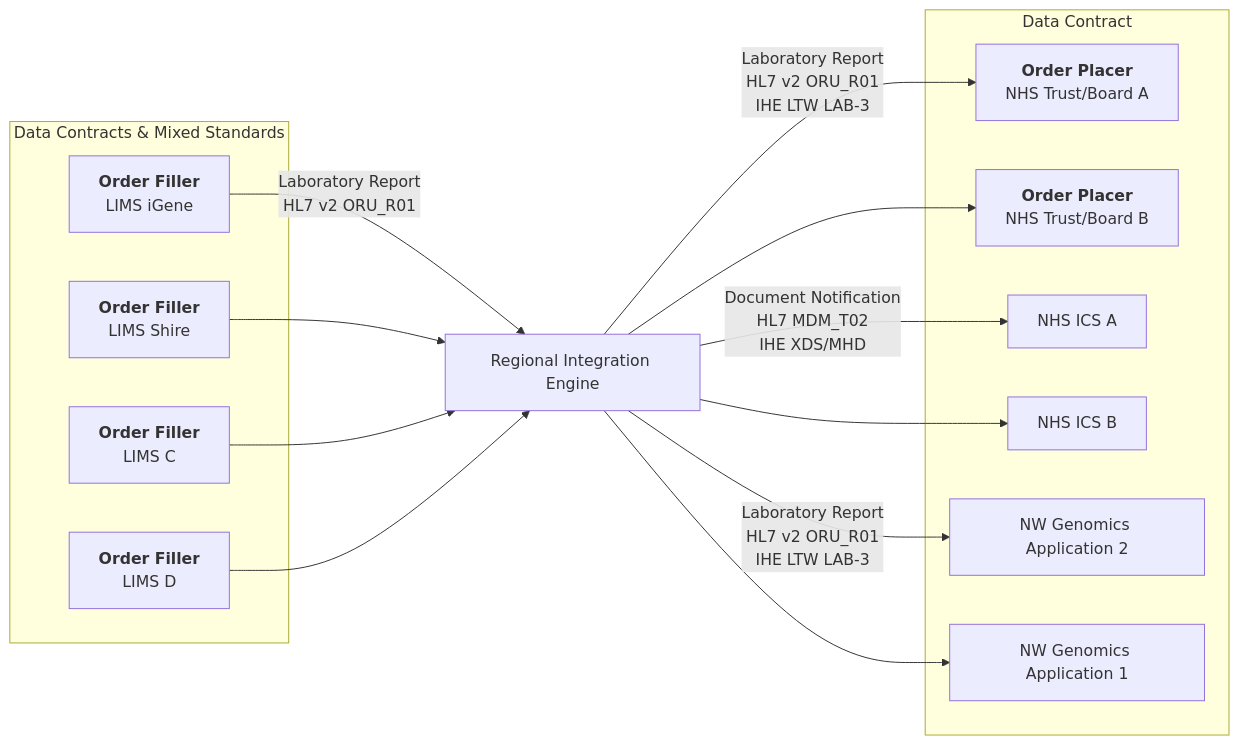
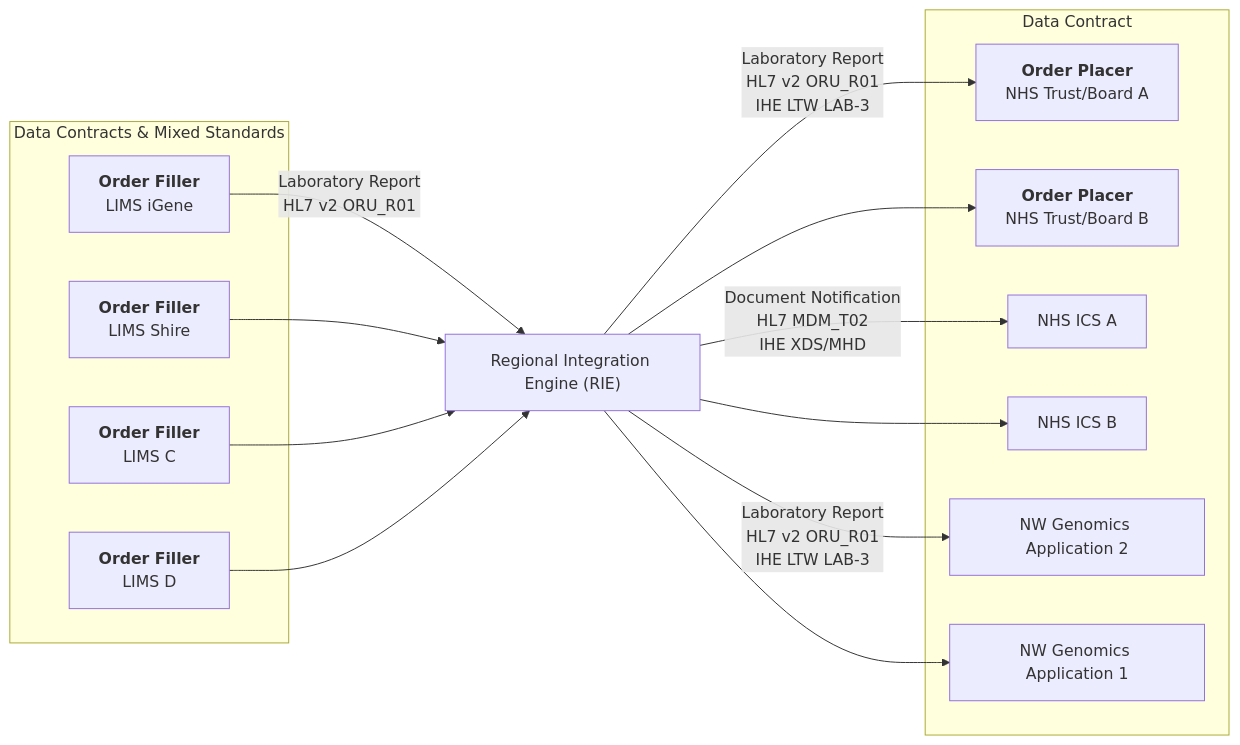
Before and after one commit to uk-gov-mirror/nw-gmsa.nw-gmsa.github.com: the fourth of 5 diagrams in input/pagecontent/index.md, drawn with Mermaid. The commit also changed other lines of this file, not shown here.

````diff
--- a/input/pagecontent/index.md
+++ b/input/pagecontent/index.md
@@ -68,28 +68,28 @@
 ```mermaid
 graph LR
     subgraph Multiple[Data Contracts & Mixed Standards]
         LIMSA[<b>Order Filler</b><br>LIMS iGene]
         LIMSB[<b>Order Filler</b><br>LIMS Shire]
         LIMSC[<b>Order Filler</b><br>LIMS C]
         LIMSD[<b>Order Filler</b><br>LIMS D]
     end
     LIMSA --> |Laboratory Report<br/>HL7 v2 ORU_R01| RIE
     LIMSB --> RIE
     LIMSC --> RIE
     LIMSD --> RIE
-    RIE[Regional Integration Engine] --> |Laboratory Report<br/>HL7 v2 ORU_R01<br/>IHE LTW LAB-3| NHSA
+    RIE["Regional Integration Engine (RIE)"] --> |Laboratory Report<br/>HL7 v2 ORU_R01<br/>IHE LTW LAB-3| NHSA
     RIE --> NHSB
     RIE --> |Document Notification<br/>HL7 MDM_T02<br/>IHE XDS/MHD| ICSA
     RIE --> ICSB
     RIE --> |Laboratory Report<br/>HL7 v2 ORU_R01<br/>IHE LTW LAB-3| APPB
     RIE --> APPA
 
     subgraph DataContracts[Data Contract]
         NHSA[<b>Order Placer</b><br/>NHS Trust/Board A]
         NHSB[<b>Order Placer</b><br/>NHS Trust/Board B] 
         ICSA[NHS ICS A]
         ICSB[NHS ICS B]
         APPA[NW Genomics Application 1]
         APPB[NW Genomics Application 2]
     end 
 ```
````
